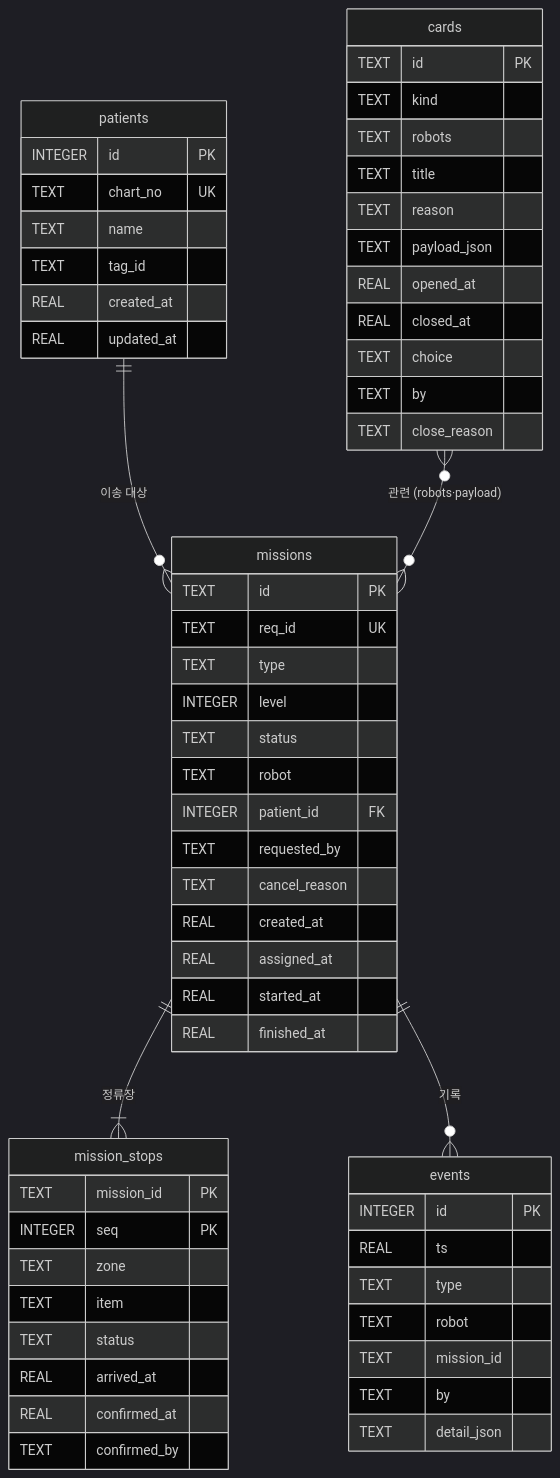
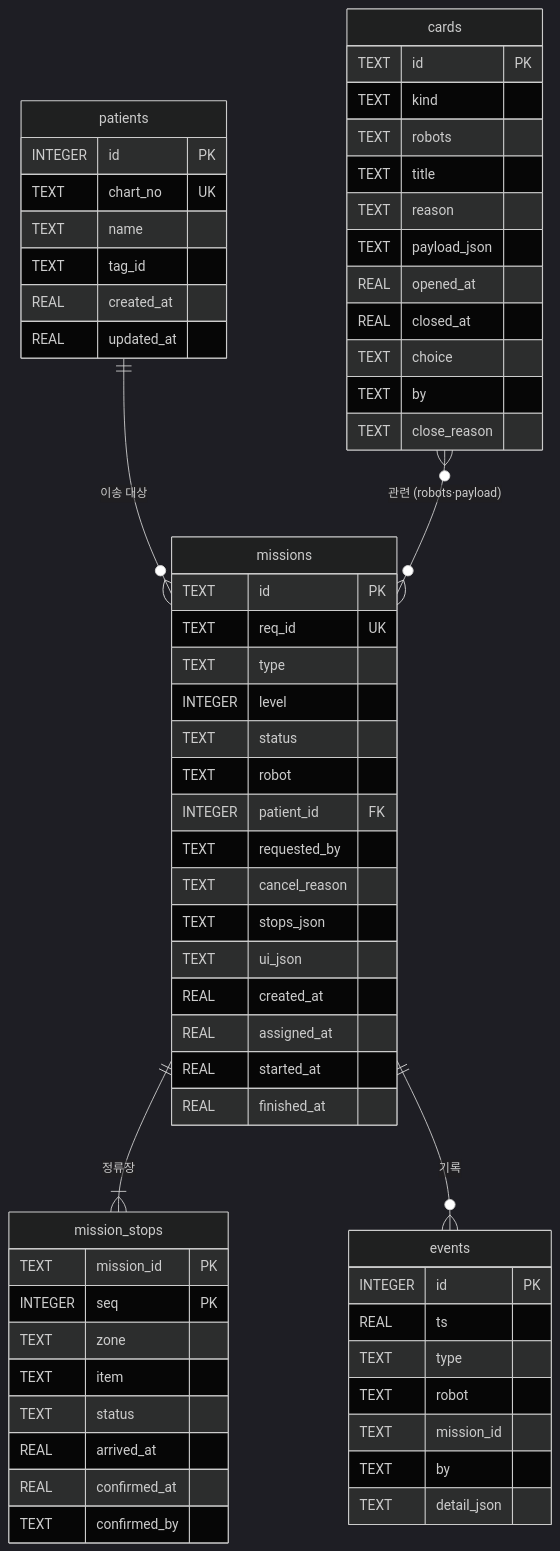
Before and after one commit to yg-gulbi/bad_autonoumous_delivery: the third of 6 diagrams in docs/part3/WEB_DB_DESIGN.md, drawn with Mermaid (dark theme). The commit also changed other lines of this file and 5 other files, not shown here.

````diff
--- a/docs/part3/WEB_DB_DESIGN.md
+++ b/docs/part3/WEB_DB_DESIGN.md
@@ -165,63 +412,65 @@
 ```mermaid
 erDiagram
   patients ||--o{ missions : "이송 대상"
   missions ||--|{ mission_stops : "정류장"
   missions ||--o{ events : "기록"
   cards }o--o{ missions : "관련 (robots·payload)"
 
   patients {
     INTEGER id PK
     TEXT chart_no UK
     TEXT name
     TEXT tag_id
     REAL created_at
     REAL updated_at
   }
   missions {
     TEXT id PK
     TEXT req_id UK
     TEXT type
     INTEGER level
     TEXT status
     TEXT robot
     INTEGER patient_id FK
     TEXT requested_by
     TEXT cancel_reason
+    TEXT stops_json
+    TEXT ui_json
     REAL created_at
     REAL assigned_at
     REAL started_at
     REAL finished_at
   }
   mission_stops {
     TEXT mission_id PK
     INTEGER seq PK
     TEXT zone
     TEXT item
     TEXT status
     REAL arrived_at
     REAL confirmed_at
     TEXT confirmed_by
   }
   events {
     INTEGER id PK
     REAL ts
     TEXT type
     TEXT robot
     TEXT mission_id
     TEXT by
     TEXT detail_json
   }
   cards {
     TEXT id PK
     TEXT kind
     TEXT robots
     TEXT title
     TEXT reason
     TEXT payload_json
     REAL opened_at
     REAL closed_at
     TEXT choice
     TEXT by
     TEXT close_reason
   }
 ```
````
